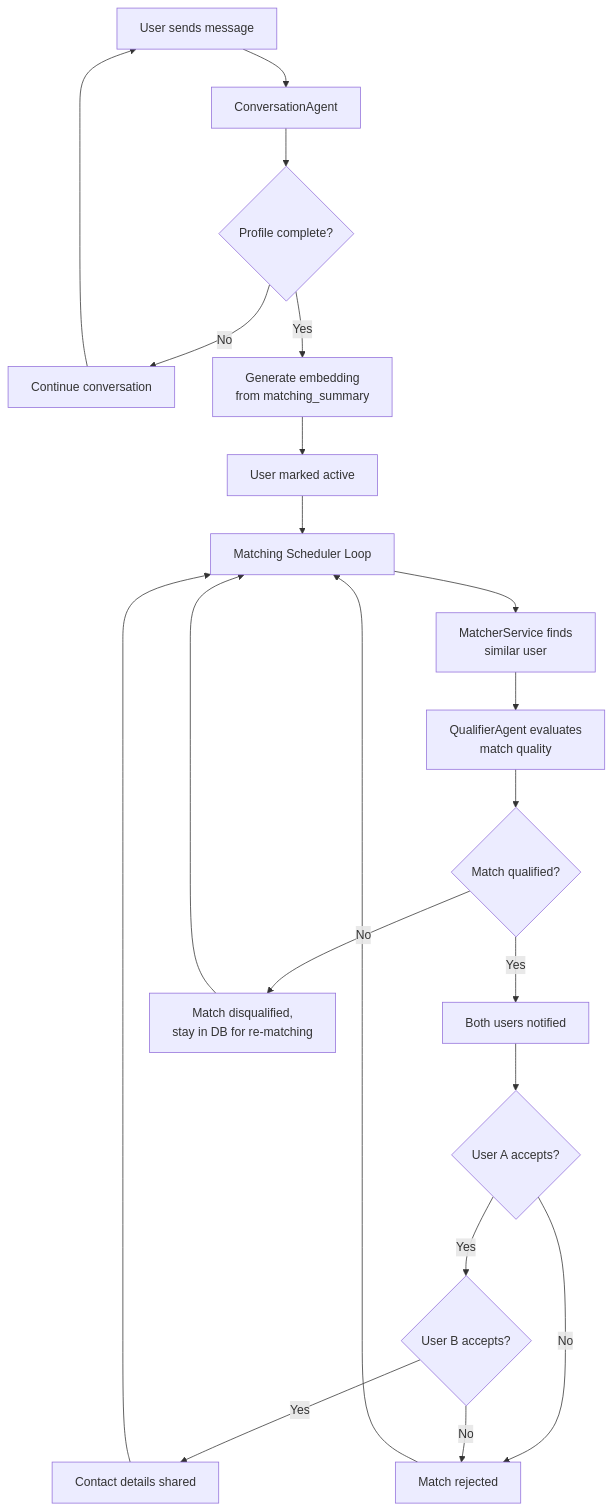
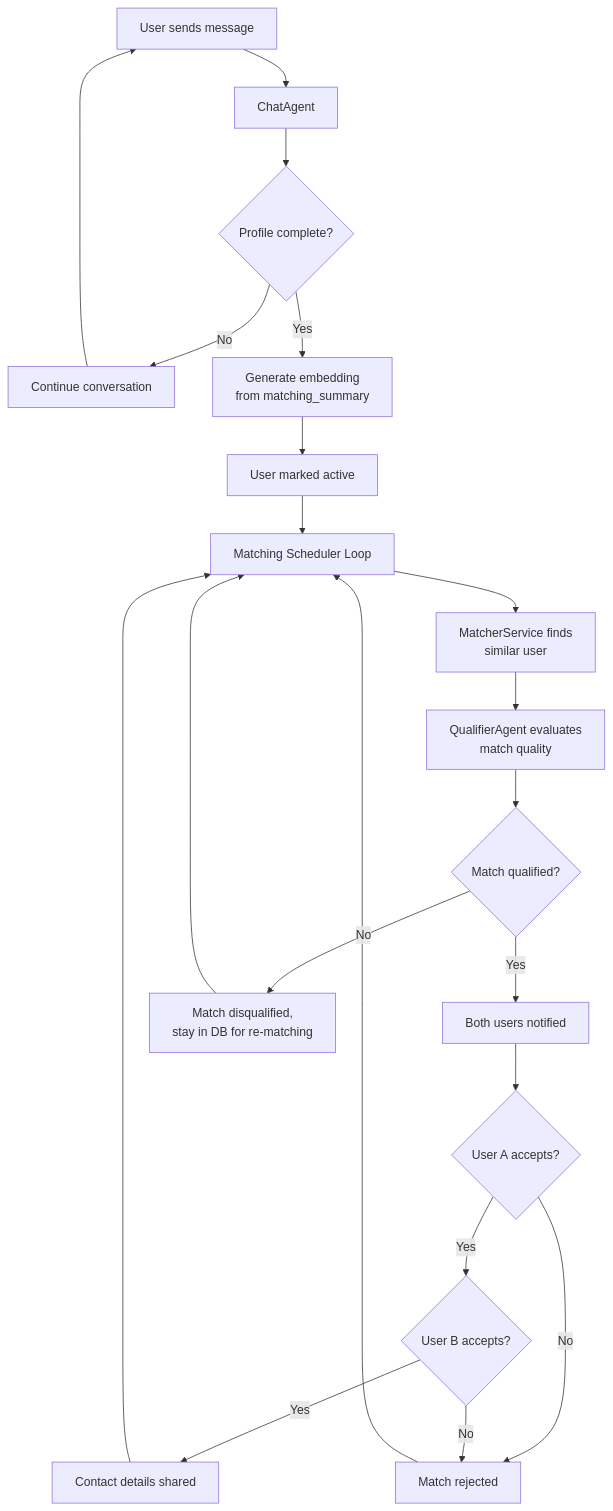
The first of 5 diagrams in README.md (vzakharov/mitko), drawn with Mermaid before and after one commit. The commit also changed other lines of this file and 22 other files, not shown here.

First line of the commit message:
refactor: rename Conversation → Chat throughout

````diff
--- a/README.md
+++ b/README.md
@@ -36,26 +36,26 @@
 ```mermaid
 graph TB
-    A[User sends message] --> B[ConversationAgent]
+    A[User sends message] --> B[ChatAgent]
     B --> C{Profile complete?}
     C -->|No| D[Continue conversation]
     C -->|Yes| E[Generate embedding<br/>from matching_summary]
     E --> F[User marked active]
     F --> G[Matching Scheduler Loop]
 
     G --> H[MatcherService finds<br/>similar user]
     H --> I[QualifierAgent evaluates<br/>match quality]
     I --> J{Match qualified?}
     J -->|Yes| K[Both users notified]
     J -->|No| L[Match disqualified,<br/>stay in DB for re-matching]
     L --> G
 
     K --> M{User A accepts?}
     M -->|Yes| N{User B accepts?}
     M -->|No| O[Match rejected]
     N -->|Yes| P[Contact details shared]
     N -->|No| O
 
     D --> A
     O --> G
     P --> G
 ```
````
